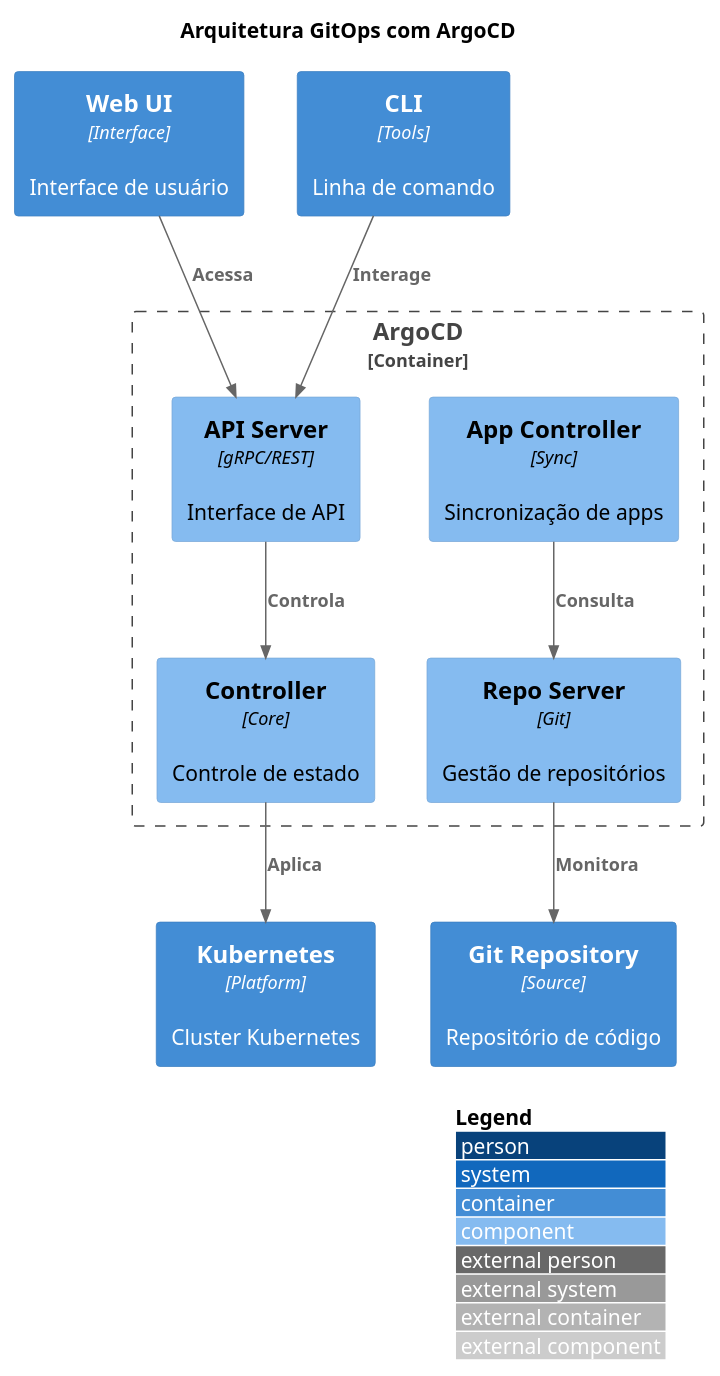
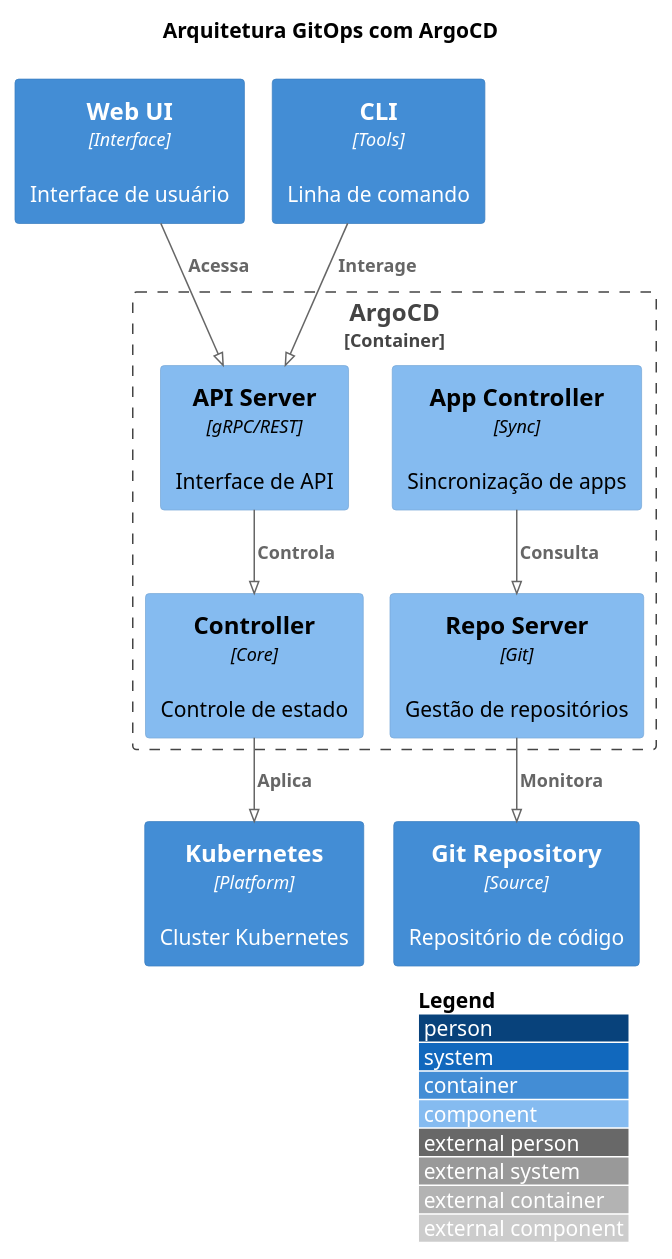
Before and after one commit to tiagonpsilva/architecture-decision-records: the diagram in diagrams/adr-054-argocd-gitops.puml, drawn with PlantUML. The commit also changed 6 other files, not shown here.

Commit message:
fix: corrige versão do PlantUML para 1.2023.7 nos diagramas ADR-049 a ADR-055

```diff
--- a/diagrams/adr-054-argocd-gitops.puml
+++ b/diagrams/adr-054-argocd-gitops.puml
@@ -1,28 +1,31 @@
-@startuml ArgoCD GitOps
+@startuml
+!pragma layout smetana
+' version 1.2023.7
+!include C4_Container.puml
 
 !include https://raw.githubusercontent.com/plantuml-stdlib/C4-PlantUML/master/C4_Component.puml
 
 LAYOUT_WITH_LEGEND()
 
 title Arquitetura GitOps com ArgoCD
 
 Container_Boundary(argocd, "ArgoCD") {
     Component(controller, "Controller", "Core", "Controle de estado")
     Component(repo_server, "Repo Server", "Git", "Gestão de repositórios")
     Component(api_server, "API Server", "gRPC/REST", "Interface de API")
     Component(app_controller, "App Controller", "Sync", "Sincronização de apps")
 }
 
 Container(git, "Git Repository", "Source", "Repositório de código")
 Container(k8s, "Kubernetes", "Platform", "Cluster Kubernetes")
 Container(ui, "Web UI", "Interface", "Interface de usuário")
 Container(cli, "CLI", "Tools", "Linha de comando")
 
 Rel(controller, k8s, "Aplica")
 Rel(repo_server, git, "Monitora")
 Rel(app_controller, repo_server, "Consulta")
 Rel(api_server, controller, "Controla")
 Rel(ui, api_server, "Acessa")
 Rel(cli, api_server, "Interage")
 
 @enduml 
```
